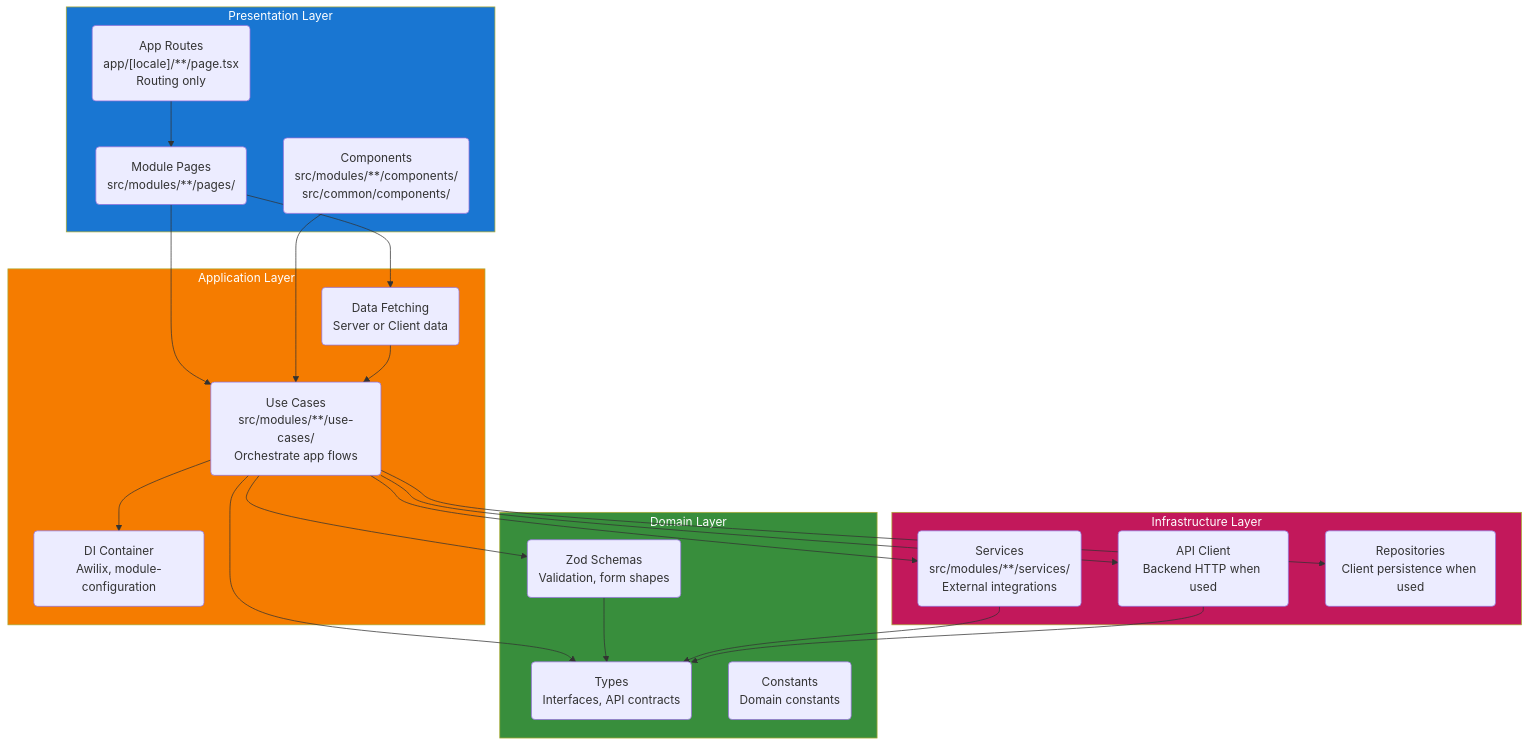
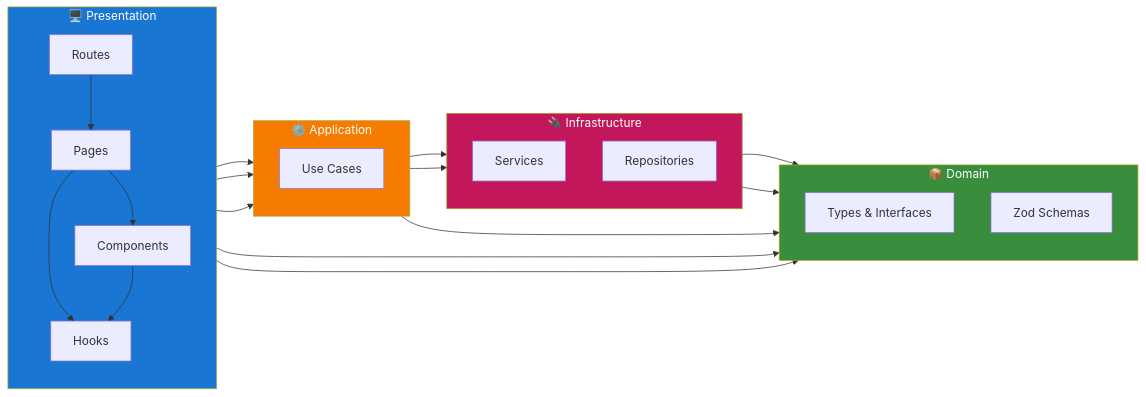
One commit to thinhtran3588/nextjs-starter-kit changed the second of 4 diagrams in docs/architecture.md. Above: the diagram before and after it, drawn with Mermaid. The commit also changed other lines of this file and 208 other files, not shown here.

First line of the commit message:
refactor: reorganize modules into Clean Architecture layers (#36)

````diff
--- a/docs/architecture.md
+++ b/docs/architecture.md
@@ -35,46 +49,47 @@
 ```mermaid
-graph TB
-    subgraph Presentation["Presentation Layer"]
-        AppRoutes("App Routes<br/>app/[locale]/**/page.tsx<br/>Routing only")
-        ModulePages("Module Pages<br/>src/modules/**/pages/")
-        Components("Components<br/>src/modules/**/components/<br/>src/common/components/")
+graph LR
+    subgraph Presentation["🖥️ Presentation"]
+        direction TB
+        Routes[Routes]
+        Pages[Pages]
+        Components[Components]
+        Hooks[Hooks]
     end
 
-    subgraph Application["Application Layer"]
-        UseCases("Use Cases<br/>src/modules/**/use-cases/<br/>Orchestrate app flows")
-        DataFetching("Data Fetching<br/>Server or Client data")
-        DI("DI Container<br/>Awilix, module-configuration")
+    subgraph Application["⚙️ Application"]
+        direction TB
+        UseCases[Use Cases]
     end
 
-    subgraph Domain["Domain Layer"]
-        Types("Types<br/>Interfaces, API contracts")
-        Schemas("Zod Schemas<br/>Validation, form shapes")
-        Constants("Constants<br/>Domain constants")
+    subgraph Domain["📦 Domain"]
+        direction TB
+        Types[Types & Interfaces]
+        Schemas[Zod Schemas]
     end
 
-    subgraph Infrastructure["Infrastructure Layer"]
-        Services("Services<br/>src/modules/**/services/<br/>External integrations")
-        ApiClient("API Client<br/>Backend HTTP when used")
-        Repositories("Repositories<br/>Client persistence when used")
+    subgraph Infrastructure["🔌 Infrastructure"]
+        direction TB
+        Services[Services]
+        Repositories[Repositories]
     end
 
-    AppRoutes --> ModulePages
-    ModulePages --> UseCases
-    ModulePages --> DataFetching
+    Routes --> Pages
+    Pages --> UseCases
+    Pages --> Components
+    Pages --> Hooks
+    Pages --> Types
     Components --> UseCases
-    DataFetching --> UseCases
+    Components --> Hooks
+    Components --> Schemas
+    Hooks --> UseCases
+    UseCases --> Services
+    UseCases --> Repositories
     UseCases --> Types
-    UseCases --> Schemas
-    UseCases --> DI
-    UseCases --> Services
-    UseCases --> ApiClient
-    UseCases --> Repositories
-    Schemas --> Types
     Services --> Types
-    ApiClient --> Types
+    Repositories --> Types
 
     style Presentation fill:#1976d2,color:#fff
     style Application fill:#f57c00,color:#fff
     style Domain fill:#388e3c,color:#fff
     style Infrastructure fill:#c2185b,color:#fff
 ```
````
